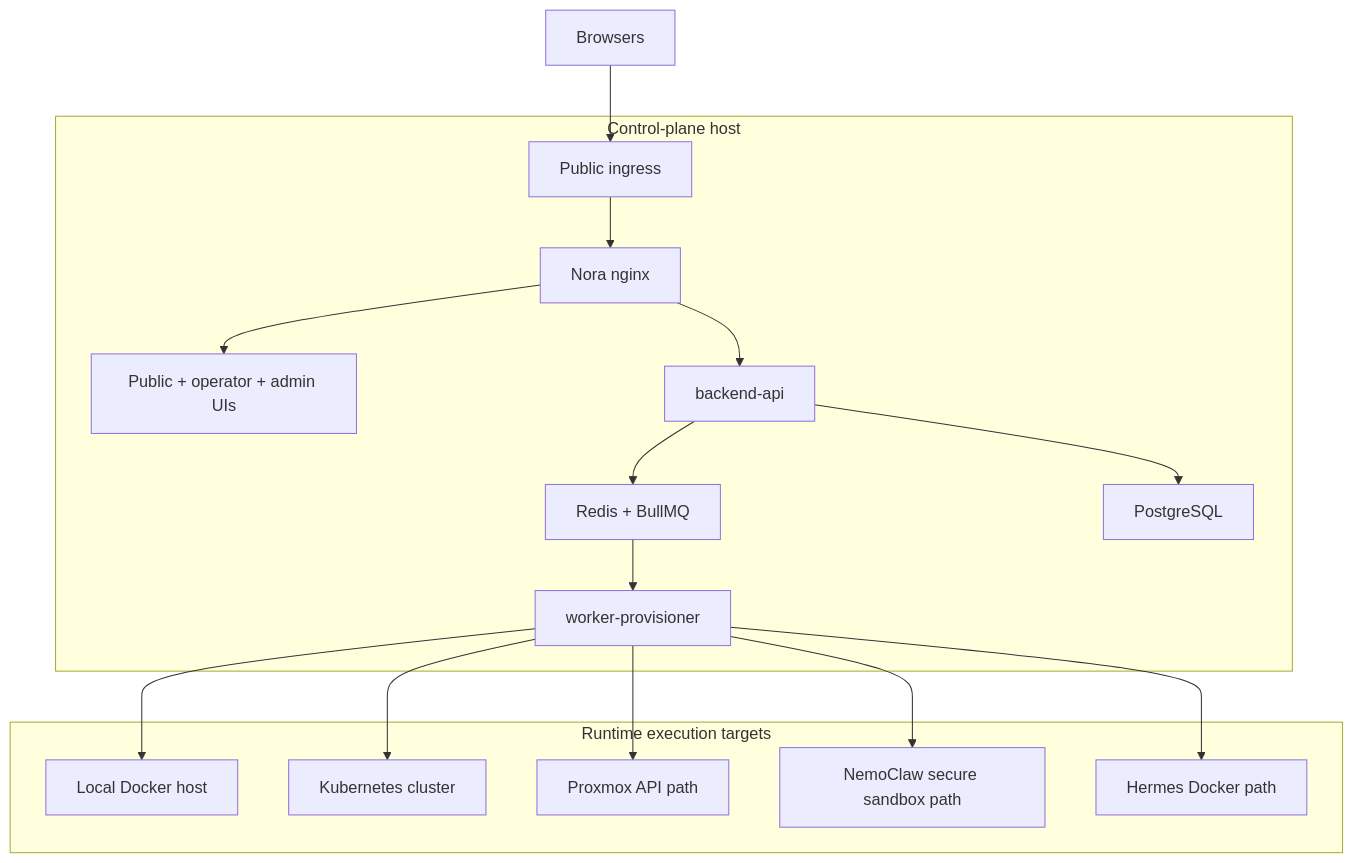
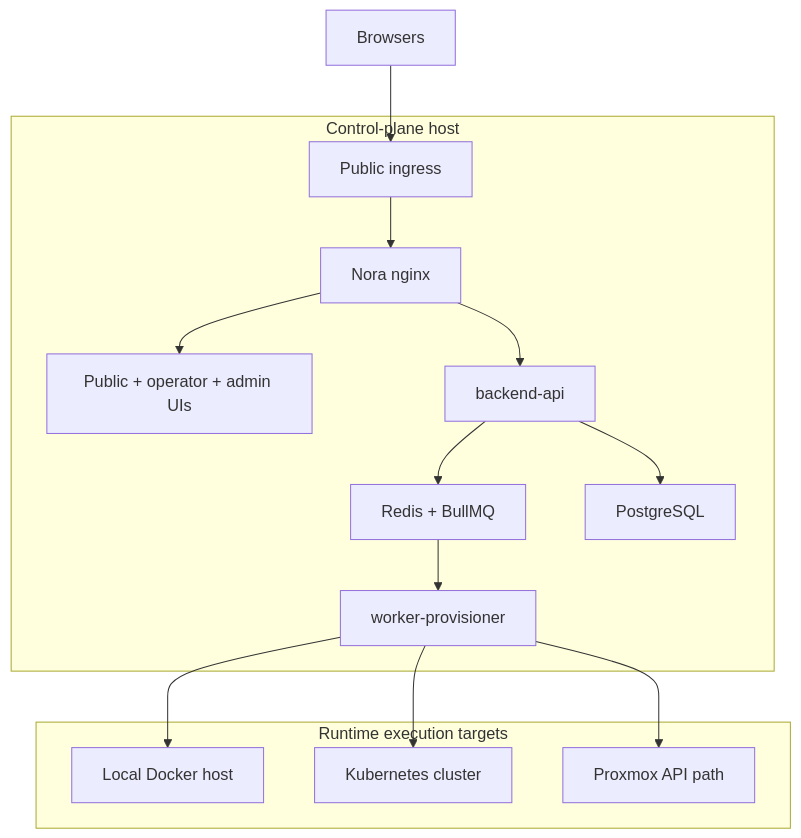
Before and after one commit to mrn55/nora: the fourth of 4 diagrams in architecture.md, drawn with Mermaid. The commit also changed other lines of this file and 44 other files, not shown here.

````diff
--- a/architecture.md
+++ b/architecture.md
@@ -216,27 +216,23 @@
 ```mermaid
 flowchart TB
     Browser["Browsers"] --> Ingress["Public ingress"]
 
     subgraph ControlPlaneHost["Control-plane host"]
         Ingress --> Nginx["Nora nginx"]
         Nginx --> Frontends["Public + operator + admin UIs"]
         Nginx --> API["backend-api"]
         API --> Redis["Redis + BullMQ"]
         API --> Postgres["PostgreSQL"]
         Redis --> Worker["worker-provisioner"]
     end
 
     subgraph ExecutionTargets["Runtime execution targets"]
         Docker["Local Docker host"]
         K8s["Kubernetes cluster"]
         Proxmox["Proxmox API path"]
-        Nemo["NemoClaw secure sandbox path"]
-        Hermes["Hermes Docker path"]
     end
 
     Worker --> Docker
     Worker --> K8s
     Worker --> Proxmox
-    Worker --> Nemo
-    Worker --> Hermes
 ```
````
